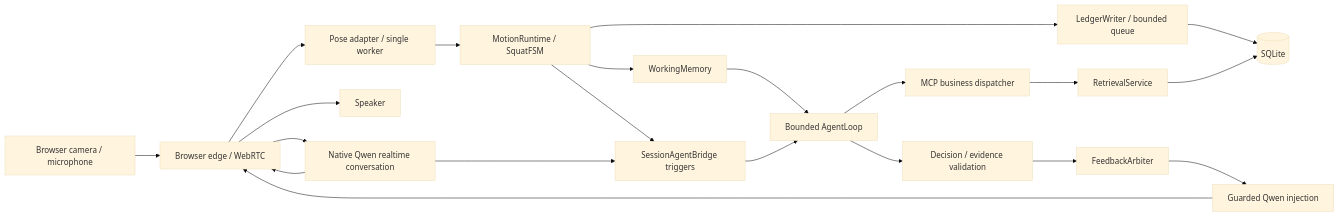
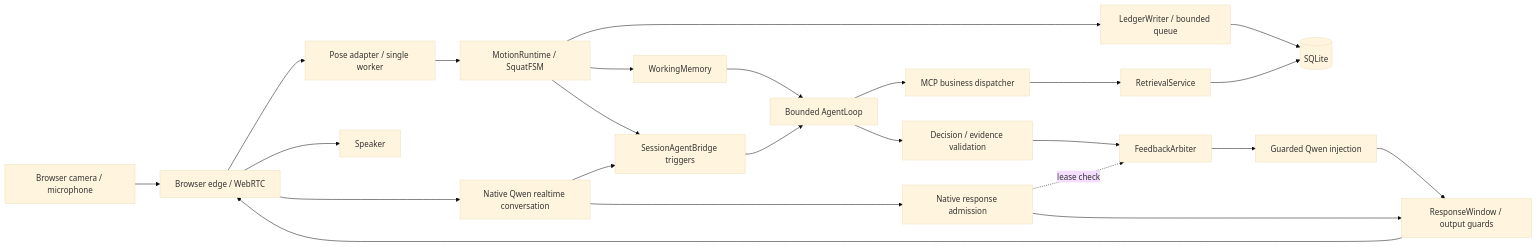
The first of 10 diagrams in docs/ARCHITECTURE_V2.md (lyy26299/motion-relay), drawn with Mermaid (base theme) before and after one commit. The commit also changed other lines of this file and 7 other files, not shown here.

Commit message:
docs: synchronize architecture, migration and verified V2.1 results

````diff
--- a/docs/ARCHITECTURE_V2.md
+++ b/docs/ARCHITECTURE_V2.md
@@ -33,23 +33,26 @@
 ```mermaid
 flowchart LR
   B[Browser camera / microphone] --> E[Browser edge / WebRTC]
   E --> P[Pose adapter / single worker]
   P --> M[MotionRuntime / SquatFSM]
   M --> W[WorkingMemory]
   M --> L[LedgerWriter / bounded queue]
   L --> D[(SQLite)]
   M --> S[SessionAgentBridge triggers]
   W --> A[Bounded AgentLoop]
   S --> A
   A --> T[MCP business dispatcher]
   T --> R[RetrievalService]
   R --> D
   A --> V[Decision / evidence validation]
   V --> F[FeedbackArbiter]
   F --> Q[Guarded Qwen injection]
-  Q --> E
+  Q --> OG[ResponseWindow / output guards]
+  OG --> E
   E --> U[Speaker]
   E --> N[Native Qwen realtime conversation]
-  N --> E
+  N --> NA[Native response admission]
+  NA -. lease check .-> F
+  NA --> OG
   N --> S
 ```
````
